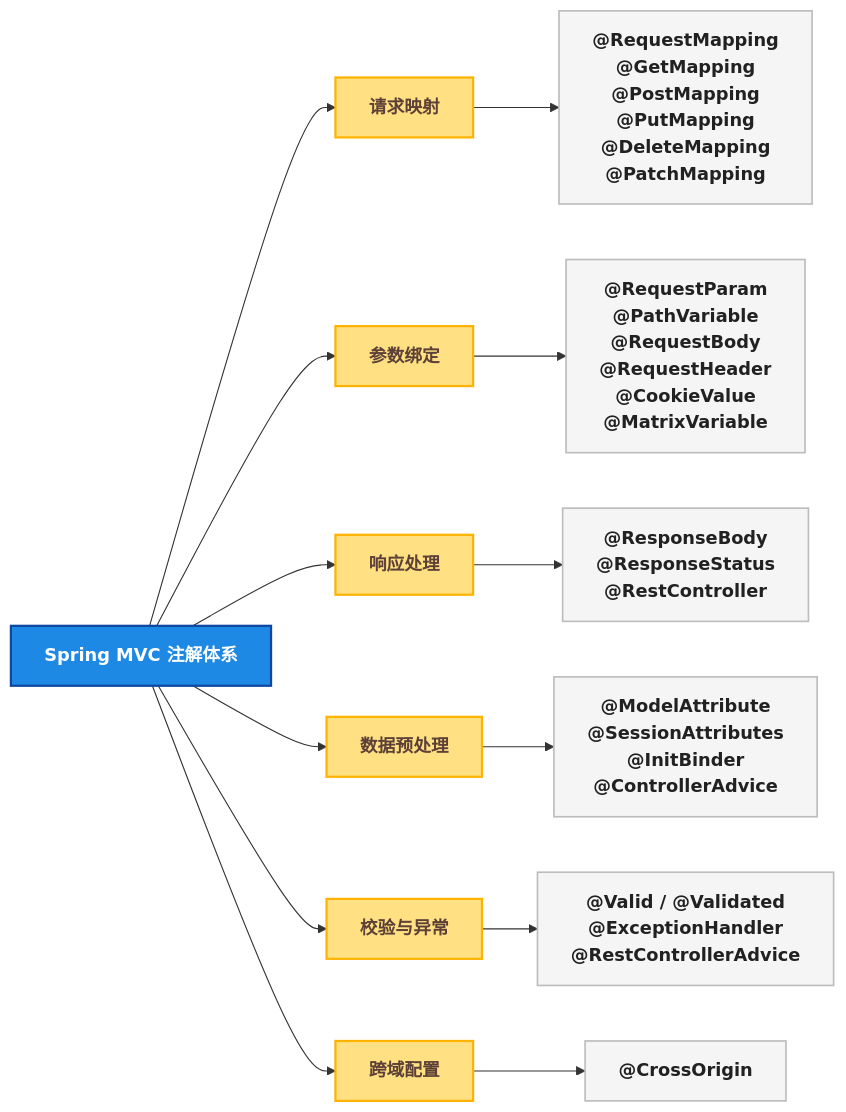
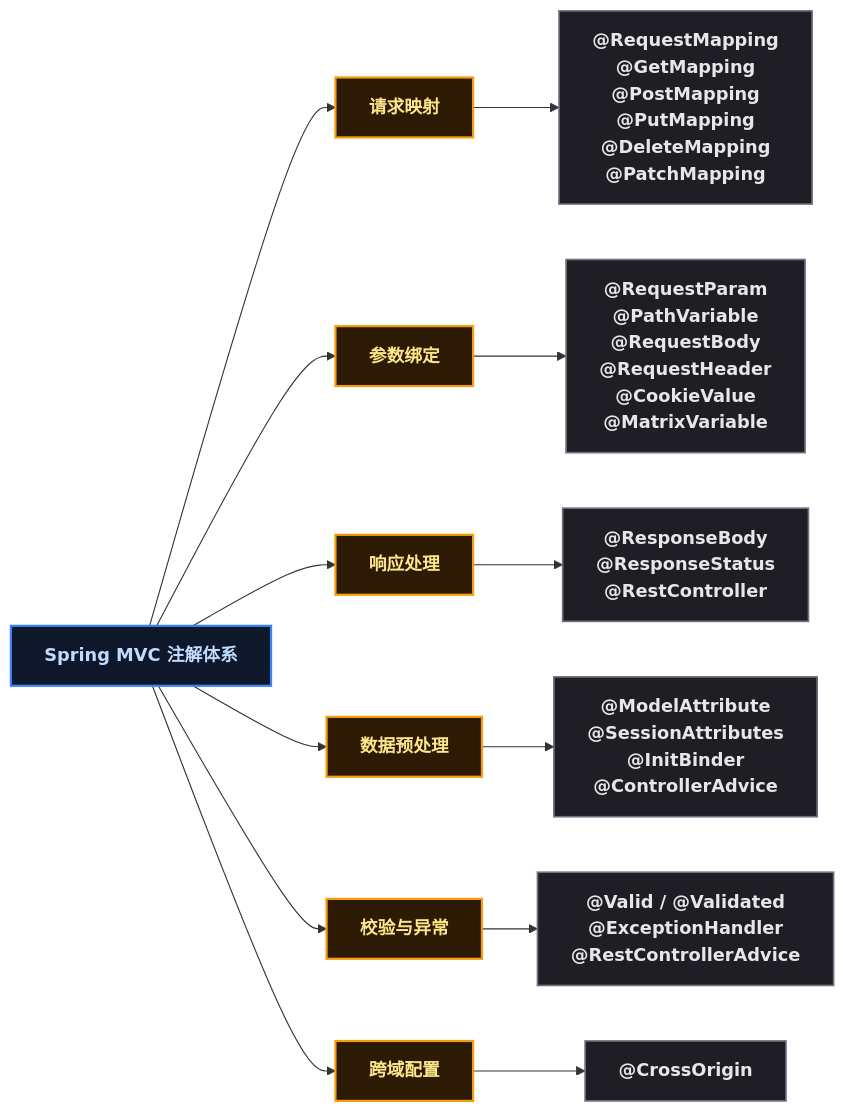
One commit to yaocat55/yaocat55.github.io changed the first of 2 diagrams in content/posts/springmvc/SpringMvcAnnotationsGuide.md. Above: the diagram before and after it, drawn with Mermaid. The commit also changed other lines of this file and 155 other files, not shown here.

````diff
--- a/content/posts/springmvc/SpringMvcAnnotationsGuide.md
+++ b/content/posts/springmvc/SpringMvcAnnotationsGuide.md
@@ -77,27 +77,27 @@
 ```mermaid
 flowchart LR
-    classDef root fill:#1E88E5,stroke:#0D47A1,stroke-width:2px,color:#FFFFFF,font-weight:bold;
-    classDef branch fill:#FFE082,stroke:#FFB300,stroke-width:2px,color:#5D4037,font-weight:bold;
-    classDef leaf fill:#F5F5F5,stroke:#BDBDBD,stroke-width:1.5px,color:#212121;
-    classDef highlight fill:#FFCCBC,stroke:#E64A19,stroke-width:1.5px,color:#D84315,font-weight:bold;
+classDef root fill:#0f172a,stroke:#3b82f6,stroke-width:2px,color:#bfdbfe,font-weight:bold;
+classDef branch fill:#2d1a05,stroke:#f59e0b,stroke-width:2px,color:#fde68a,font-weight:bold;
+classDef leaf fill:#1e1e24,stroke:#6b7280,stroke-width:1.5px,color:#e5e7eb;
+classDef highlight fill:#450a0a,stroke:#dc2626,stroke-width:1.5px,color:#fecaca,font-weight:bold;
 
     ROOT[Spring MVC 注解体系]
 
     ROOT --> B1[请求映射]
     ROOT --> B2[参数绑定]
     ROOT --> B3[响应处理]
     ROOT --> B4[数据预处理]
     ROOT --> B5[校验与异常]
     ROOT --> B6[跨域配置]
 
-    B1 --> L1["@RequestMapping<br>@GetMapping<br>@PostMapping<br>@PutMapping<br>@DeleteMapping<br>@PatchMapping"]
-    B2 --> L2["@RequestParam<br>@PathVariable<br>@RequestBody<br>@RequestHeader<br>@CookieValue<br>@MatrixVariable"]
-    B3 --> L3["@ResponseBody<br>@ResponseStatus<br>@RestController"]
-    B4 --> L4["@ModelAttribute<br>@SessionAttributes<br>@InitBinder<br>@ControllerAdvice"]
-    B5 --> L5["@Valid / @Validated<br>@ExceptionHandler<br>@RestControllerAdvice"]
+    B1 --> L1["@RequestMapping\n@GetMapping\n@PostMapping\n@PutMapping\n@DeleteMapping\n@PatchMapping"]
+    B2 --> L2["@RequestParam\n@PathVariable\n@RequestBody\n@RequestHeader\n@CookieValue\n@MatrixVariable"]
+    B3 --> L3["@ResponseBody\n@ResponseStatus\n@RestController"]
+    B4 --> L4["@ModelAttribute\n@SessionAttributes\n@InitBinder\n@ControllerAdvice"]
+    B5 --> L5["@Valid / @Validated\n@ExceptionHandler\n@RestControllerAdvice"]
     B6 --> L6["@CrossOrigin"]
 
     class ROOT root;
     class B1,B2,B3,B4,B5,B6 branch;
     class L1,L2,L3,L4,L5,L6 leaf;
 ```
````
